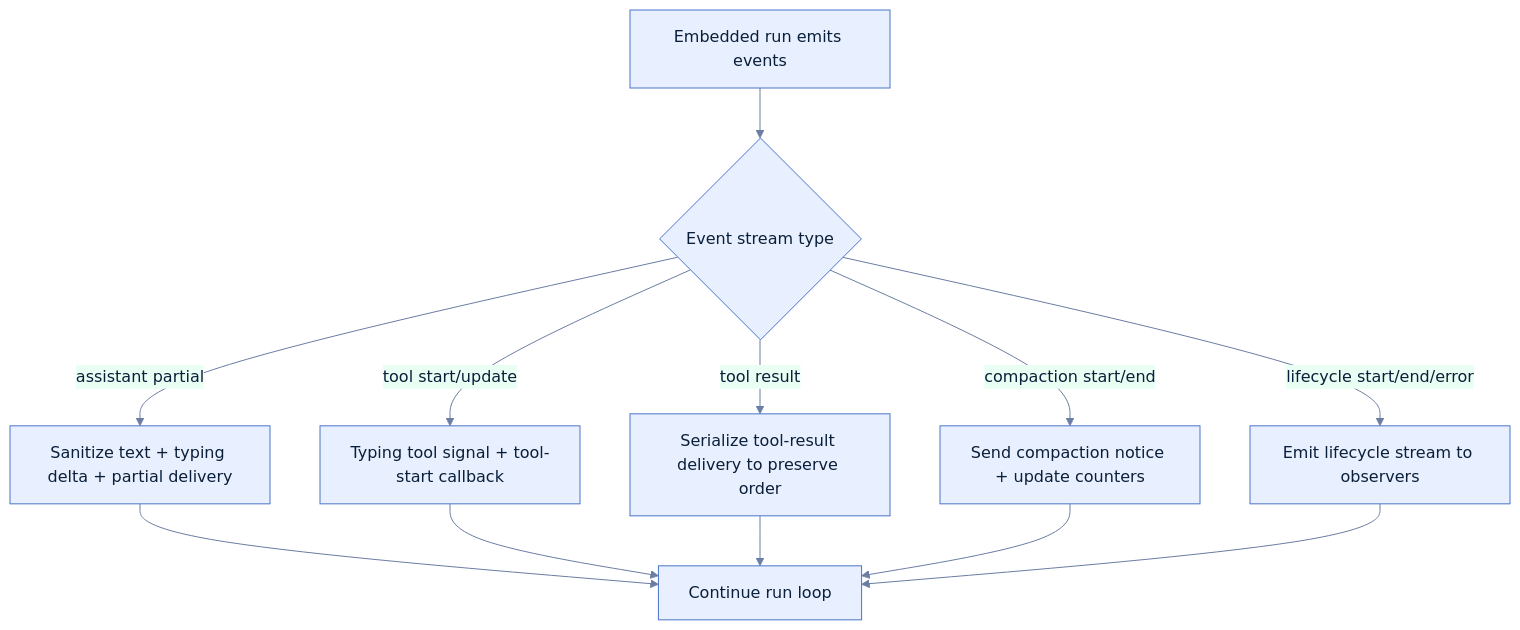
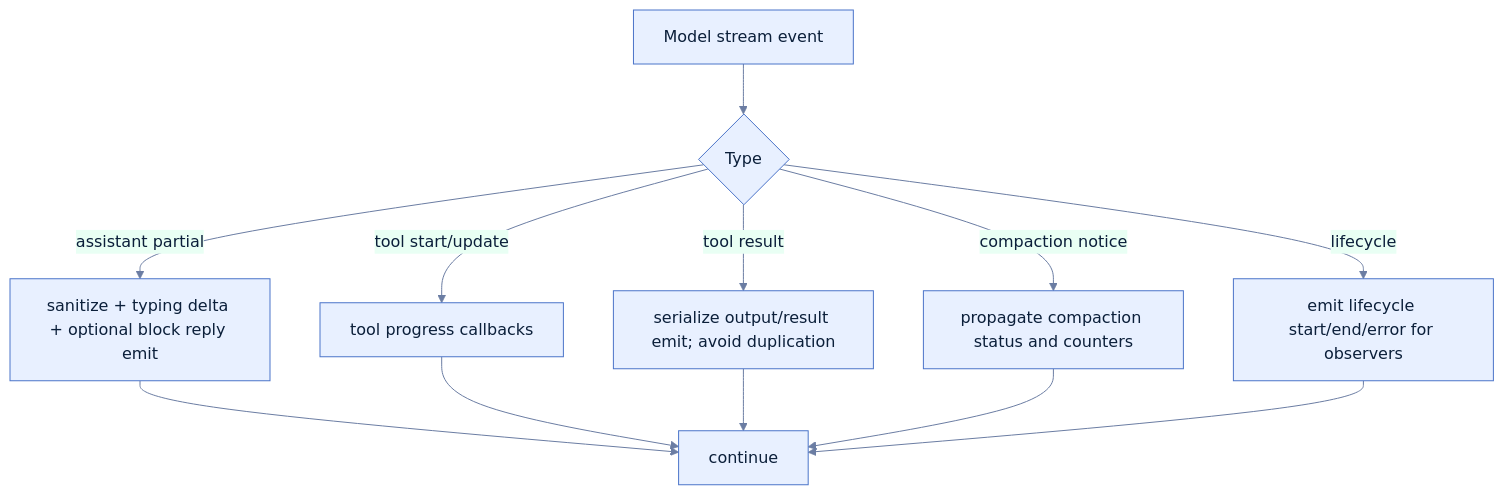
The fifth of 6 diagrams in docs/architecture/agent-loop-runtime.md (louisdevzz/foxfang), drawn with Mermaid before and after one commit. The commit also changed other lines of this file and 54 other files, not shown here.

````diff
--- a/docs/architecture/agent-loop-runtime.md
+++ b/docs/architecture/agent-loop-runtime.md
@@ -73,15 +119,15 @@
 ```mermaid
 %%{init: {'theme':'base','themeVariables': {'primaryColor':'#E8F0FF','primaryTextColor':'#0B1F3A','primaryBorderColor':'#4B74C9','lineColor':'#6B7DA3','secondaryColor':'#E9FFF4','tertiaryColor':'#FFF4E6','fontFamily':'Inter, system-ui, sans-serif'}}}%%
 flowchart TD
-    T0["Embedded run emits events"] --> T1{"Event stream type"}
-    T1 -- "assistant partial" --> T2["Sanitize text + typing delta + partial delivery"]
-    T1 -- "tool start/update" --> T3["Typing tool signal + tool-start callback"]
-    T1 -- "tool result" --> T4["Serialize tool-result delivery to preserve order"]
-    T1 -- "compaction start/end" --> T5["Send compaction notice + update counters"]
-    T1 -- "lifecycle start/end/error" --> T6["Emit lifecycle stream to observers"]
-    T2 --> T7["Continue run loop"]
-    T3 --> T7
-    T4 --> T7
-    T5 --> T7
-    T6 --> T7
+    S0["Model stream event"] --> S1{"Type"}
+    S1 -- "assistant partial" --> S2["sanitize + typing delta + optional block reply emit"]
+    S1 -- "tool start/update" --> S3["tool progress callbacks"]
+    S1 -- "tool result" --> S4["serialize output/result emit; avoid duplication"]
+    S1 -- "compaction notice" --> S5["propagate compaction status and counters"]
+    S1 -- "lifecycle" --> S6["emit lifecycle start/end/error for observers"]
+    S2 --> S7["continue"]
+    S3 --> S7
+    S4 --> S7
+    S5 --> S7
+    S6 --> S7
 ```
````
